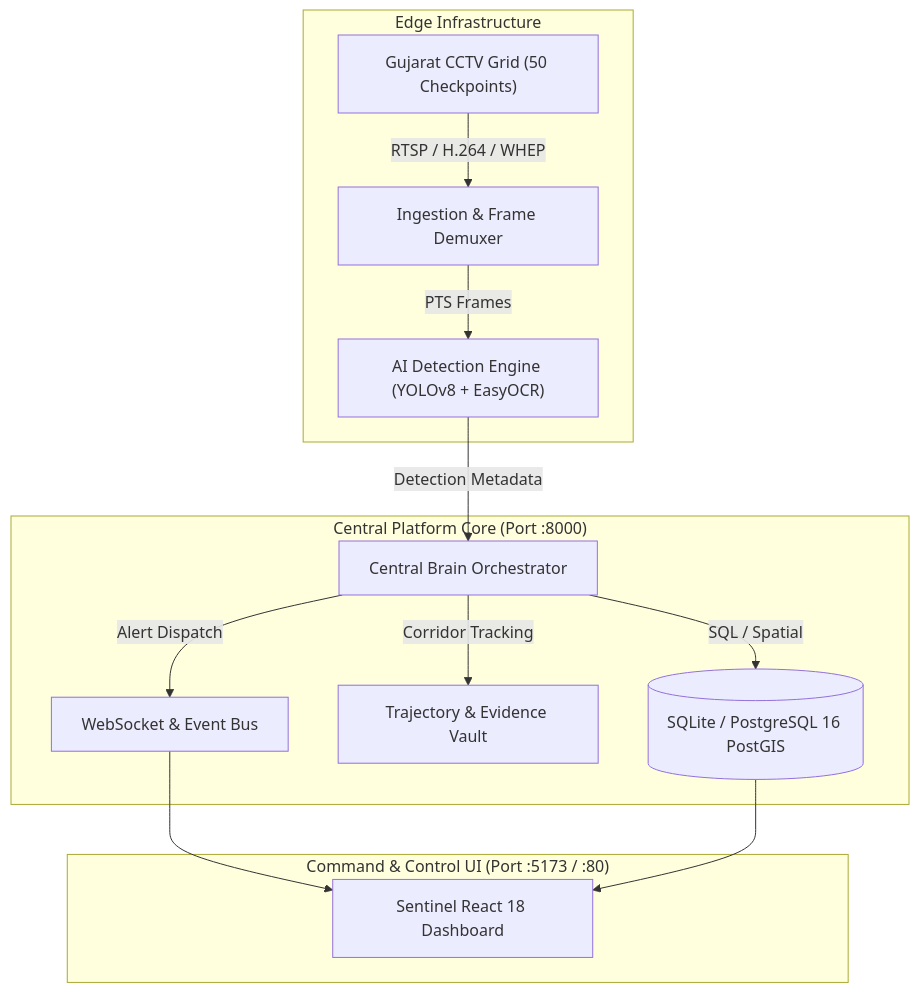
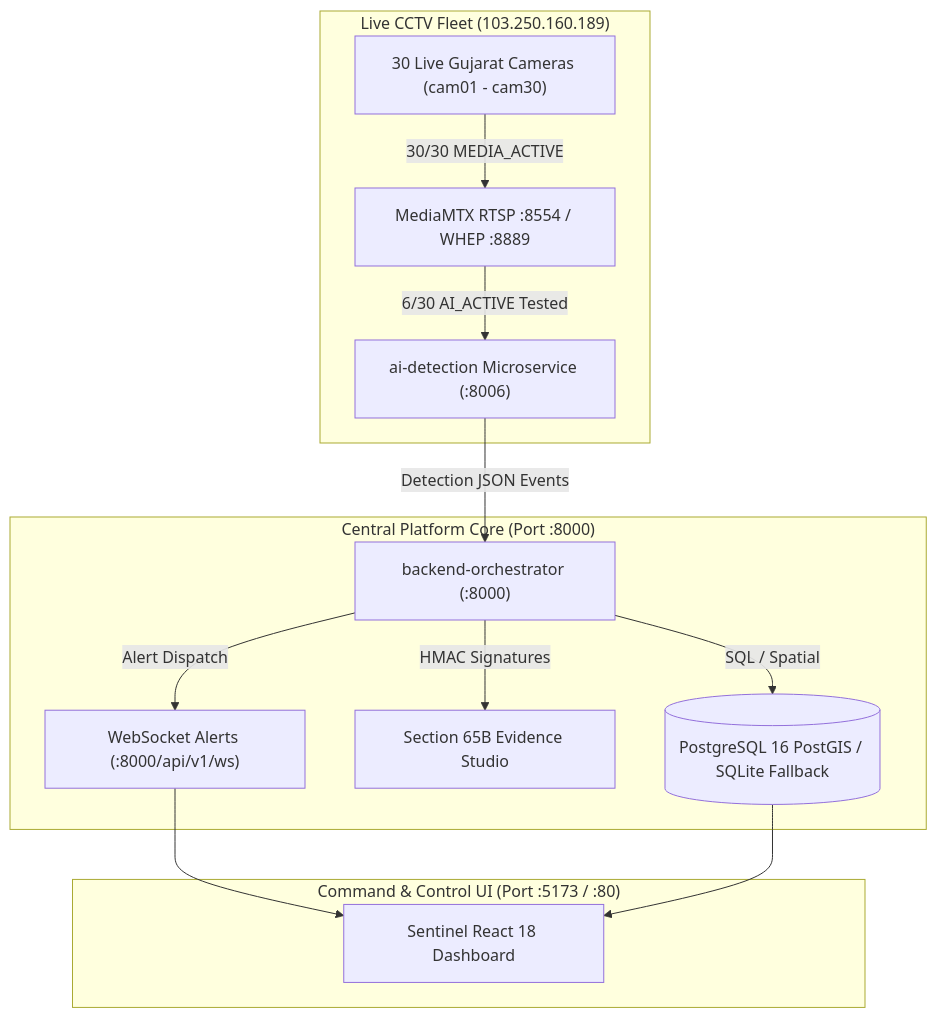
The diagram in PRODUCTION_READINESS.md (Bhargav-2007/Sentinel-Hybrid), drawn with Mermaid before and after one commit. The commit also changed other lines of this file and 48 other files, not shown here.

````diff
--- a/PRODUCTION_READINESS.md
+++ b/PRODUCTION_READINESS.md
@@ -11,19 +13,19 @@
 ```mermaid
 flowchart TD
-    subgraph Edge["Edge Infrastructure"]
-        CCTV["Gujarat CCTV Grid (50 Checkpoints)"] -->|RTSP / H.264 / WHEP| Ingestion["Ingestion & Frame Demuxer"]
-        Ingestion -->|PTS Frames| AIDetect["AI Detection Engine (YOLOv8 + EasyOCR)"]
+    subgraph Edge["Live CCTV Fleet (103.250.160.189)"]
+        CCTV["30 Live Gujarat Cameras (cam01 - cam30)"] -->|30/30 MEDIA_ACTIVE| Ingestion["MediaMTX RTSP :8554 / WHEP :8889"]
+        Ingestion -->|6/30 AI_ACTIVE Tested| AIDetect["ai-detection Microservice (:8006)"]
     end
 
     subgraph Core["Central Platform Core (Port :8000)"]
-        AIDetect -->|Detection Metadata| Orch["Central Brain Orchestrator"]
-        Orch -->|SQL / Spatial| DB[("SQLite / PostgreSQL 16 PostGIS")]
-        Orch -->|Corridor Tracking| Model4["Trajectory & Evidence Vault"]
-        Orch -->|Alert Dispatch| WebSockets["WebSocket & Event Bus"]
+        AIDetect -->|Detection JSON Events| Orch["backend-orchestrator (:8000)"]
+        Orch -->|SQL / Spatial| DB[("PostgreSQL 16 PostGIS / SQLite Fallback")]
+        Orch -->|HMAC Signatures| Sec65B["Section 65B Evidence Studio"]
+        Orch -->|Alert Dispatch| WebSockets["WebSocket Alerts (:8000/api/v1/ws)"]
     end
 
     subgraph Presentation["Command & Control UI (Port :5173 / :80)"]
         WebSockets --> Frontend["Sentinel React 18 Dashboard"]
         DB --> Frontend
     end
 ```
````
